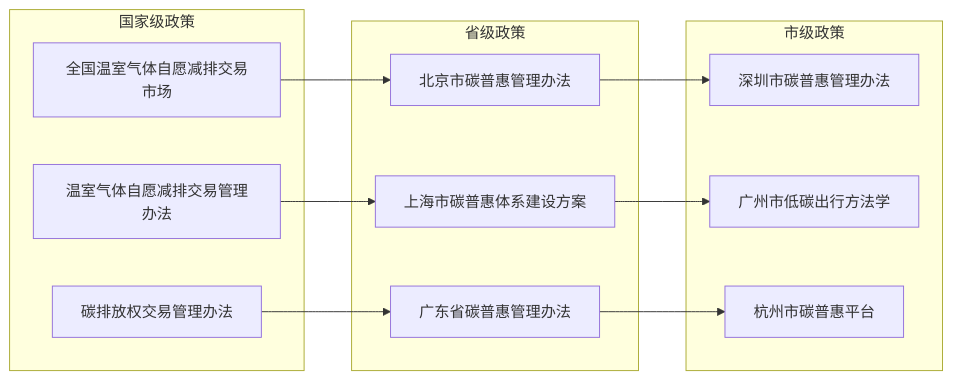
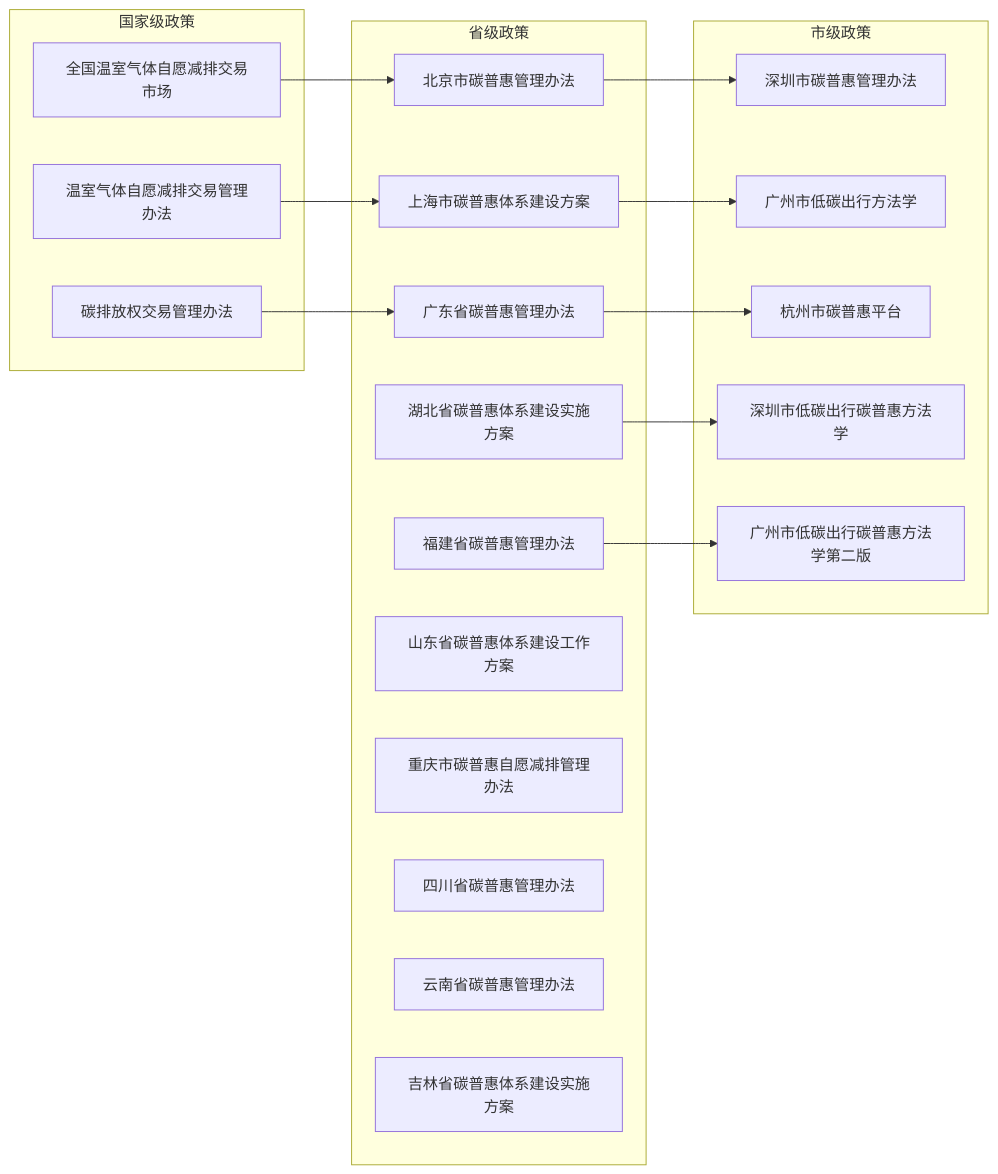
The fourth of 11 diagrams in .qoder/repowiki/zh/content/数据管理/政策数据管理/扩展的政策数据管理.md (liangxuanliang-cmd/carbon-info-agent), drawn with Mermaid before and after one commit. The commit also changed other lines of this file and 8 other files, not shown here.

````diff
--- a/.qoder/repowiki/zh/content/数据管理/政策数据管理/扩展的政策数据管理.md
+++ b/.qoder/repowiki/zh/content/数据管理/政策数据管理/扩展的政策数据管理.md
@@ -193,24 +200,35 @@
 ```mermaid
 graph LR
 subgraph "国家级政策"
 Nat1[全国温室气体自愿减排交易市场]
 Nat2[温室气体自愿减排交易管理办法]
 Nat3[碳排放权交易管理办法]
 end
 subgraph "省级政策"
 Prov1[北京市碳普惠管理办法]
 Prov2[上海市碳普惠体系建设方案]
 Prov3[广东省碳普惠管理办法]
+Prov4[湖北省碳普惠体系建设实施方案]
+Prov5[福建省碳普惠管理办法]
+Prov6[山东省碳普惠体系建设工作方案]
+Prov7[重庆市碳普惠自愿减排管理办法]
+Prov8[四川省碳普惠管理办法]
+Prov9[云南省碳普惠管理办法]
+Prov10[吉林省碳普惠体系建设实施方案]
 end
 subgraph "市级政策"
 City1[深圳市碳普惠管理办法]
 City2[广州市低碳出行方法学]
 City3[杭州市碳普惠平台]
+City4[深圳市低碳出行碳普惠方法学]
+City5[广州市低碳出行碳普惠方法学第二版]
 end
 Nat1 --> Prov1
 Nat2 --> Prov2
 Nat3 --> Prov3
 Prov1 --> City1
 Prov2 --> City2
 Prov3 --> City3
+Prov4 --> City4
+Prov5 --> City5
 ```
````
